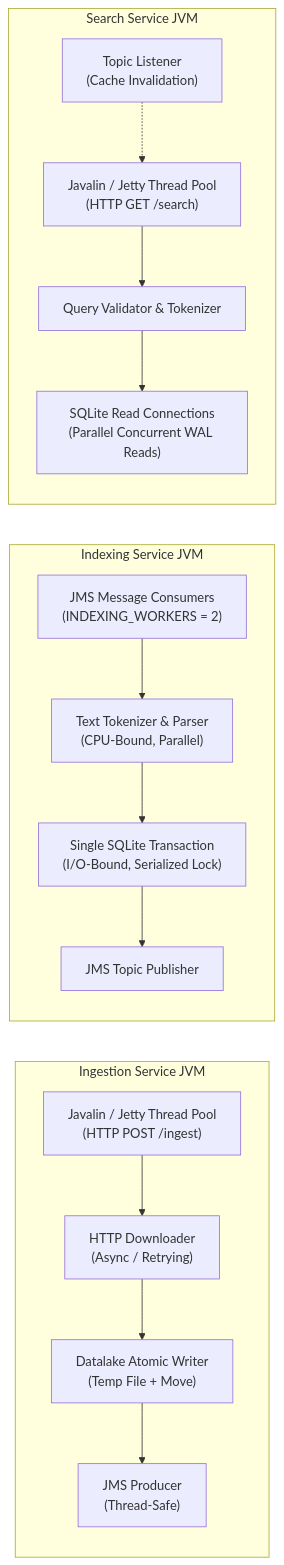
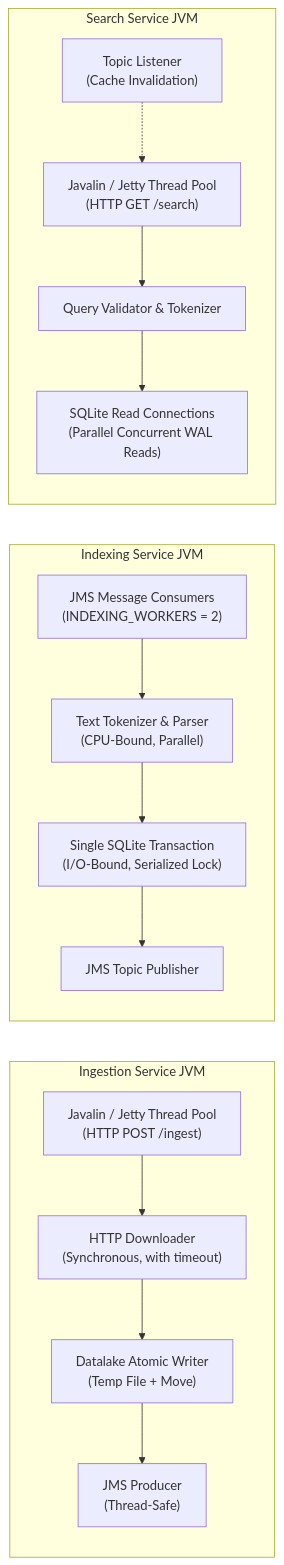
Before and after one commit to TheScratchers/stage_2: the second of 2 diagrams in docs/report/arquitectura.md, drawn with Mermaid. The commit also changed other lines of this file and 4 other files, not shown here.

First line of the commit message:
docs(report): correct the Ingestion and architecture sections against the code and the results

````diff
--- a/docs/report/arquitectura.md
+++ b/docs/report/arquitectura.md
@@ -138,27 +137,27 @@
 ```mermaid
 flowchart LR
     subgraph IngestionJVM["Ingestion Service JVM"]
         JavalinIngest["Javalin / Jetty Thread Pool\n(HTTP POST /ingest)"]
-        HTTPClient["HTTP Downloader\n(Async / Retrying)"]
+        HTTPClient["HTTP Downloader\n(Synchronous, with timeout)"]
         AtomicWriter["Datalake Atomic Writer\n(Temp File + Move)"]
         JMSProd["JMS Producer\n(Thread-Safe)"]
         JavalinIngest --> HTTPClient --> AtomicWriter --> JMSProd
     end
 
     subgraph IndexingJVM["Indexing Service JVM"]
         BrokerCons["JMS Message Consumers\n(INDEXING_WORKERS = 2)"]
         TokenPool["Text Tokenizer & Parser\n(CPU-Bound, Parallel)"]
         SQLiteWriter["Single SQLite Transaction\n(I/O-Bound, Serialized Lock)"]
         TopicProd["JMS Topic Publisher"]
         BrokerCons --> TokenPool --> SQLiteWriter --> TopicProd
     end
 
     subgraph SearchJVM["Search Service JVM"]
         JavalinSearch["Javalin / Jetty Thread Pool\n(HTTP GET /search)"]
         QueryParser["Query Validator & Tokenizer"]
         SQLiteReaders["SQLite Read Connections\n(Parallel Concurrent WAL Reads)"]
         TopicCons["Topic Listener\n(Cache Invalidation)"]
         JavalinSearch --> QueryParser --> SQLiteReaders
         TopicCons -.-> JavalinSearch
     end
 ```
````
